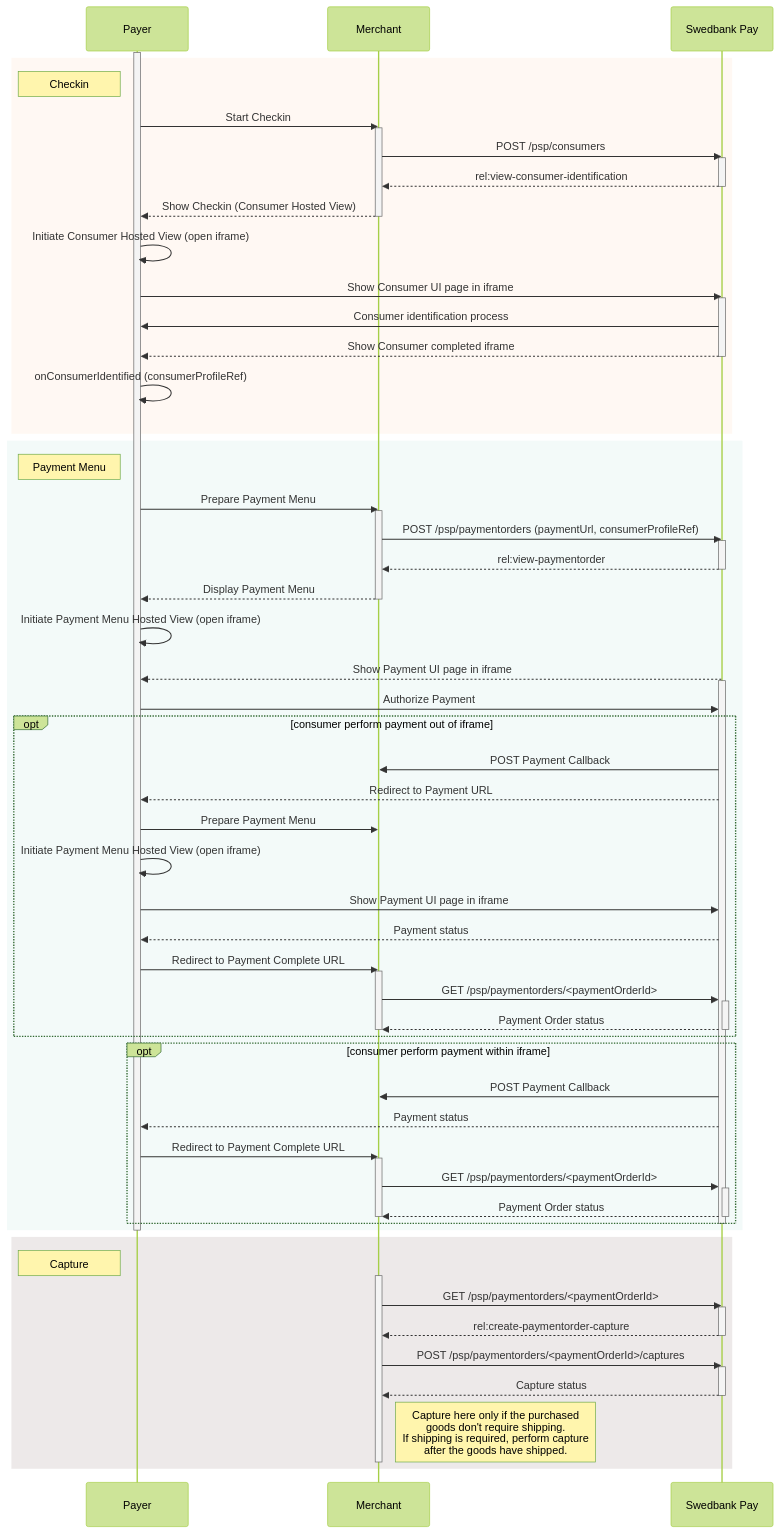
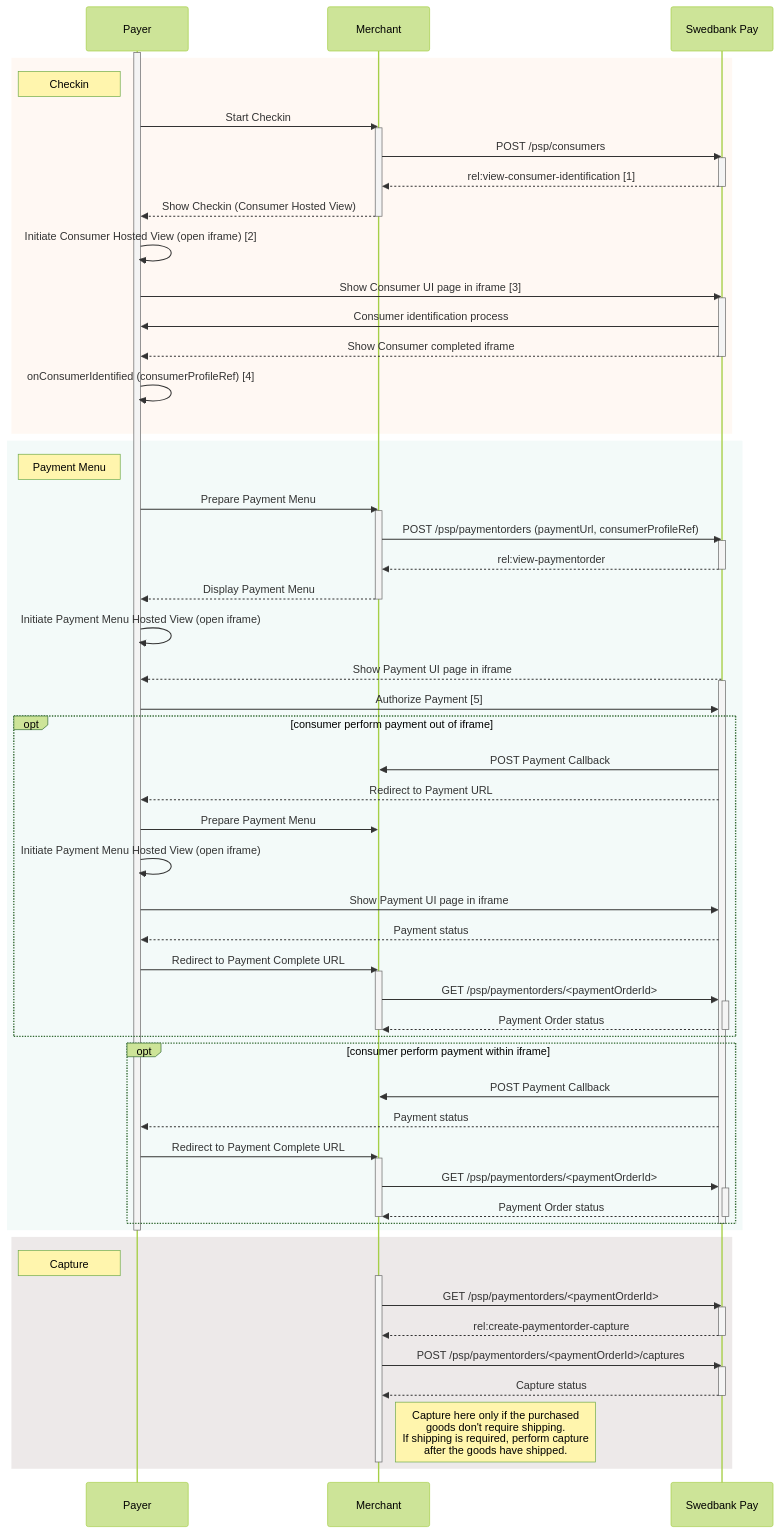
Before and after one commit to SwedbankPay/developer.swedbankpay.com: the diagram in checkout/index.md, drawn with Mermaid (forest theme). The commit also changed other lines of this file, not shown here.

```diff
--- a/checkout/index.md
+++ b/checkout/index.md
@@ -64,18 +66,18 @@
             activate Merchant
                 Merchant ->> SwedbankPay: POST /psp/consumers
                 activate SwedbankPay
-                    SwedbankPay -->> Merchant: rel:view-consumer-identification
+                    SwedbankPay -->> Merchant: rel:view-consumer-identification [1]
                 deactivate SwedbankPay
                 Merchant -->> Payer: Show Checkin (Consumer Hosted View)
 
             deactivate Merchant
-            Payer ->> Payer: Initiate Consumer Hosted View (open iframe)
-            Payer ->> SwedbankPay: Show Consumer UI page in iframe
+            Payer ->> Payer: Initiate Consumer Hosted View (open iframe) [2]
+            Payer ->> SwedbankPay: Show Consumer UI page in iframe [3]
             activate SwedbankPay
                 SwedbankPay ->> Payer: Consumer identification process
                 SwedbankPay -->> Payer: Show Consumer completed iframe
             deactivate SwedbankPay
-            Payer ->> Payer: onConsumerIdentified (consumerProfileRef)
+            Payer ->> Payer: onConsumerIdentified (consumerProfileRef) [4]
         end
 
         rect rgba(138,205,195,0.1)
@@ -91,7 +93,7 @@
             Payer ->> Payer: Initiate Payment Menu Hosted View (open iframe)
             SwedbankPay -->> Payer: Show Payment UI page in iframe
             activate SwedbankPay
-                Payer ->> SwedbankPay: Authorize Payment
+                Payer ->> SwedbankPay: Authorize Payment [5]
                 opt consumer perform payment out of iframe
                     SwedbankPay ->> Merchant: POST Payment Callback
                     SwedbankPay -->> Payer: Redirect to Payment URL
```
